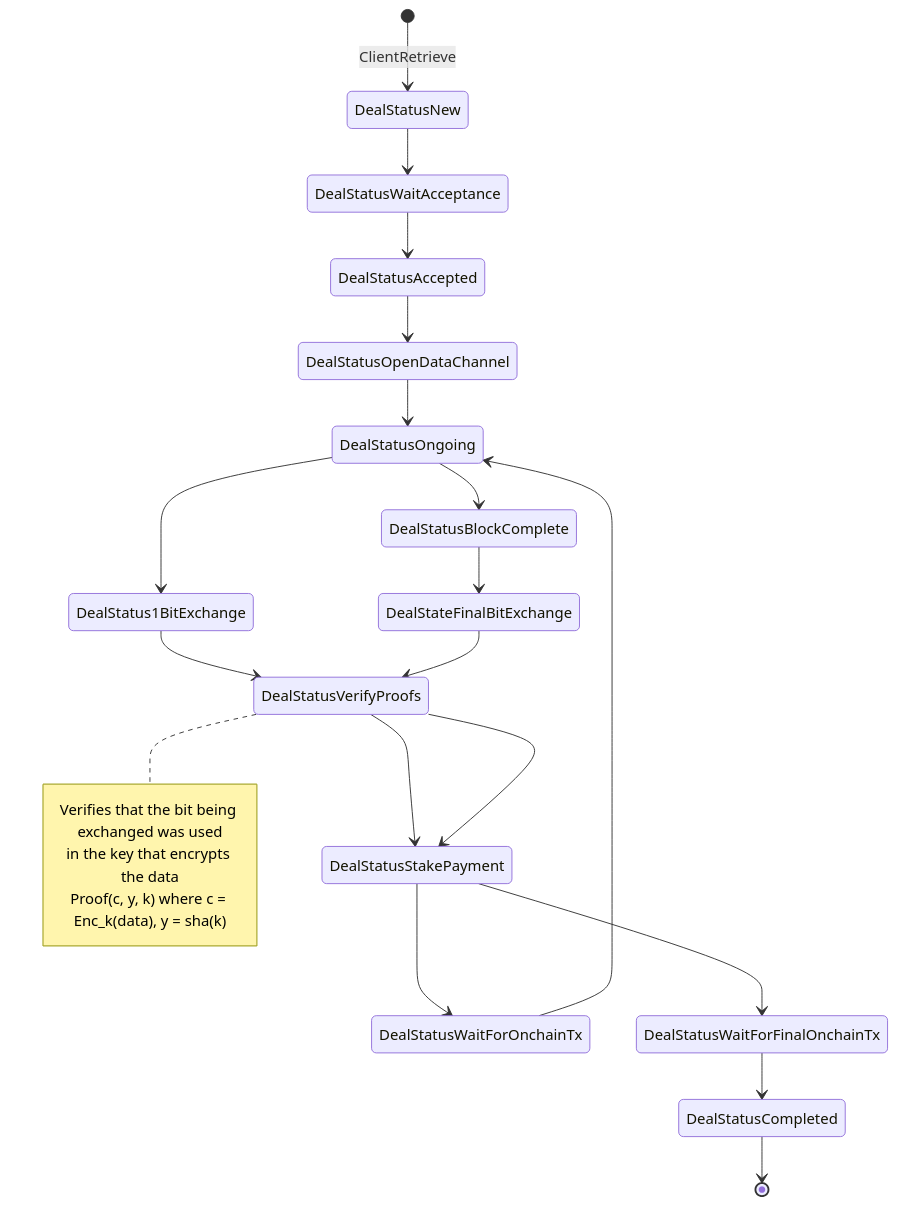
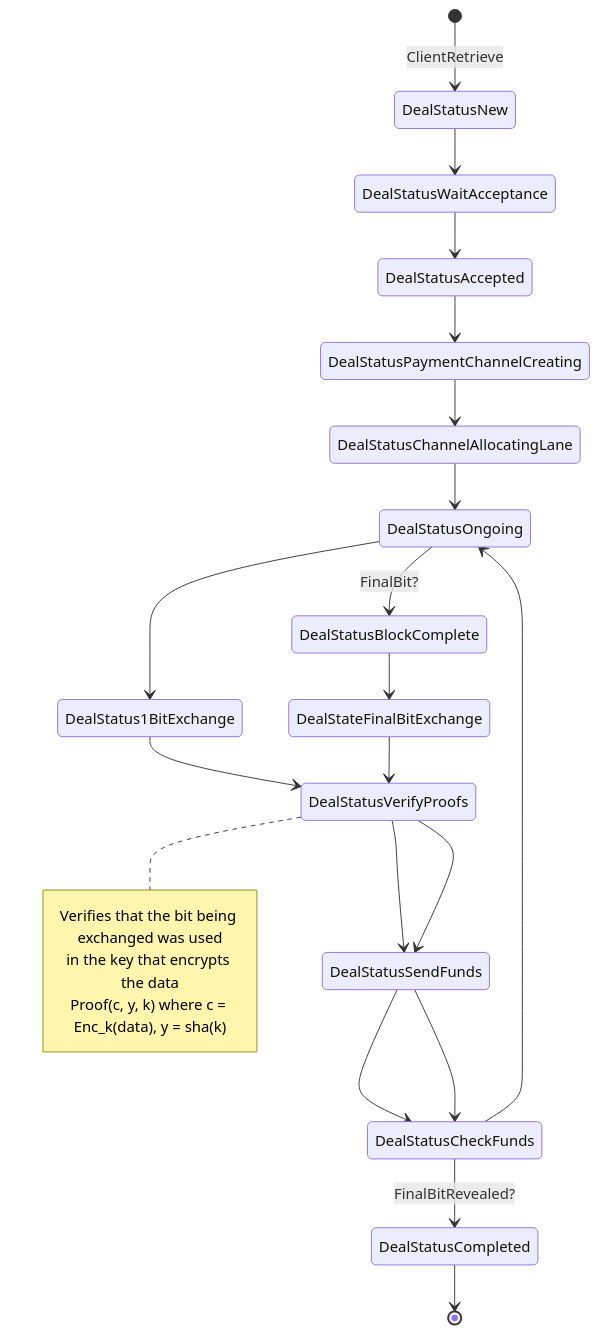
Before and after one commit to adlrocha/go-fil-markets: the first of 2 diagrams in docs/rfcs/zkcp-1bit.md, drawn with Mermaid. The commit also changed other lines of this file and 6 other files, not shown here.

````diff
--- a/docs/rfcs/zkcp-1bit.md
+++ b/docs/rfcs/zkcp-1bit.md
@@ -24,29 +28,30 @@
 ```mermaid
 stateDiagram-v2
 [*] --> DealStatusNew: ClientRetrieve
 DealStatusNew --> DealStatusWaitAcceptance
 DealStatusWaitAcceptance --> DealStatusAccepted
-DealStatusAccepted --> DealStatusOpenDataChannel
-DealStatusOpenDataChannel --> DealStatusOngoing
+DealStatusAccepted --> DealStatusPaymentChannelCreating
+DealStatusPaymentChannelCreating --> DealStatusChannelAllocatingLane
+DealStatusChannelAllocatingLane --> DealStatusOngoing
 
 DealStatusOngoing --> DealStatus1BitExchange
 DealStatus1BitExchange --> DealStatusVerifyProofs
-DealStatusVerifyProofs --> DealStatusStakePayment
-DealStatusStakePayment --> DealStatusWaitForOnchainTx
-DealStatusWaitForOnchainTx --> DealStatusOngoing
+DealStatusVerifyProofs --> DealStatusSendFunds
+DealStatusSendFunds --> DealStatusCheckFunds
+DealStatusCheckFunds --> DealStatusOngoing
 
 note right of DealStatusVerifyProofs
 Verifies that the bit being exchanged was used
 in the key that encrypts the data
 Proof(c, y, k) where c = Enc_k(data), y = sha(k) 
 end note
 
-DealStatusOngoing --> DealStatusBlockComplete
+DealStatusOngoing --> DealStatusBlockComplete: FinalBit?
 DealStatusBlockComplete --> DealStateFinalBitExchange
 DealStateFinalBitExchange --> DealStatusVerifyProofs
-DealStatusVerifyProofs --> DealStatusStakePayment
-DealStatusStakePayment --> DealStatusWaitForFinalOnchainTx
-DealStatusWaitForFinalOnchainTx --> DealStatusCompleted
+DealStatusVerifyProofs --> DealStatusSendFunds
+DealStatusSendFunds --> DealStatusCheckFunds
+DealStatusCheckFunds --> DealStatusCompleted: FinalBitRevealed?
 DealStatusCompleted --> [*]
 
 ```
````
